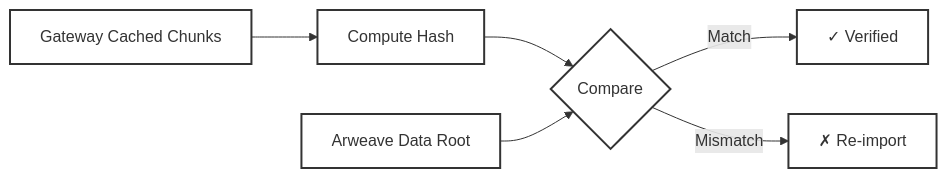
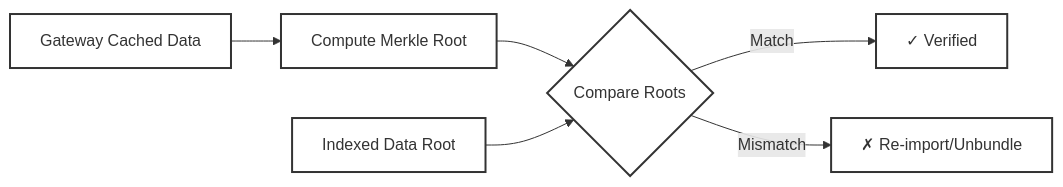
The diagram in content/learn/gateways/data-verification.mdx (ar-io/docs), drawn with Mermaid before and after one commit. The commit also changed other lines of this file and 18 other files, not shown here.

````diff
--- a/content/learn/gateways/data-verification.mdx
+++ b/content/learn/gateways/data-verification.mdx
@@ -14,10 +14,10 @@
 ```mermaid
 graph LR
-    CHUNKS[Gateway Cached Chunks] --> COMPUTE[Compute Hash]
-    COMPUTE --> COMPARE{Compare}
-    ARWEAVE[Arweave Data Root] --> COMPARE
+    CHUNKS[Gateway Cached Data] --> COMPUTE[Compute Merkle Root]
+    COMPUTE --> COMPARE{Compare Roots}
+    INDEXED[Indexed Data Root] --> COMPARE
     COMPARE -->|Match| VERIFIED[✓ Verified]
-    COMPARE -->|Mismatch| FAILED[✗ Re-import]
+    COMPARE -->|Mismatch| FAILED[✗ Re-import/Unbundle]
     
     classDef default fill:transparent,stroke:#333,stroke-width:2px
 ```
````
